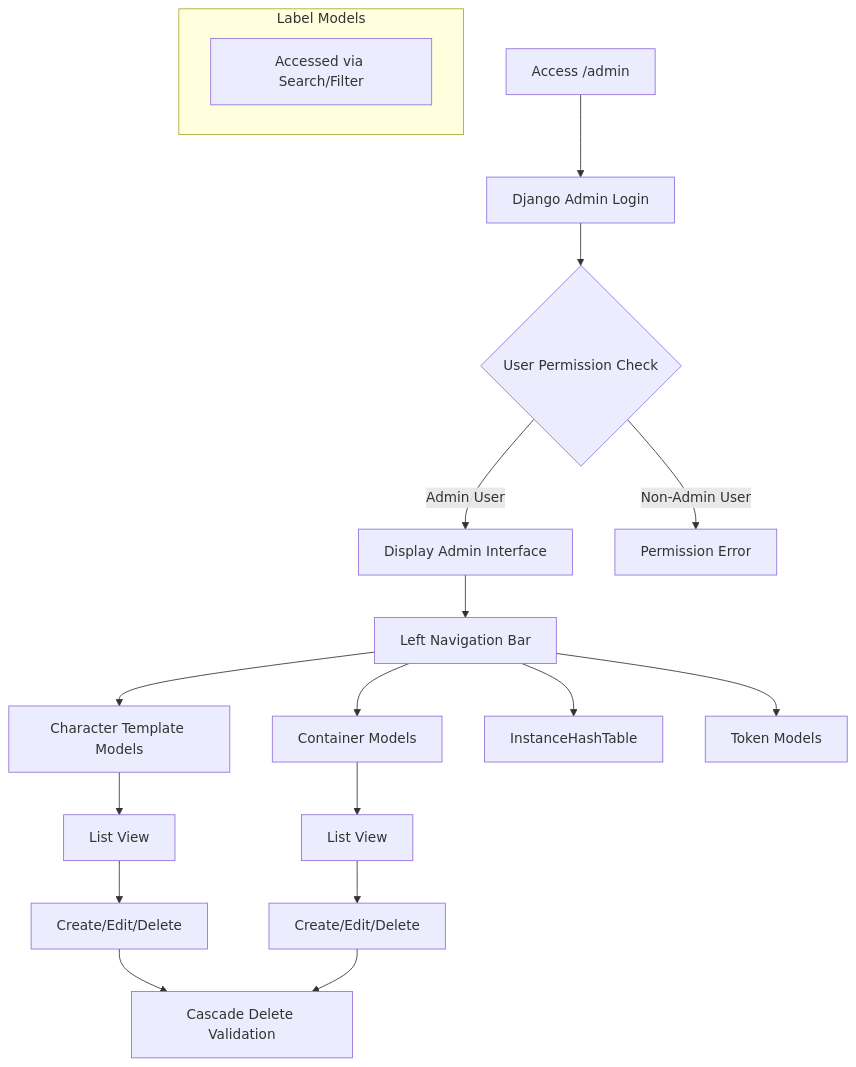
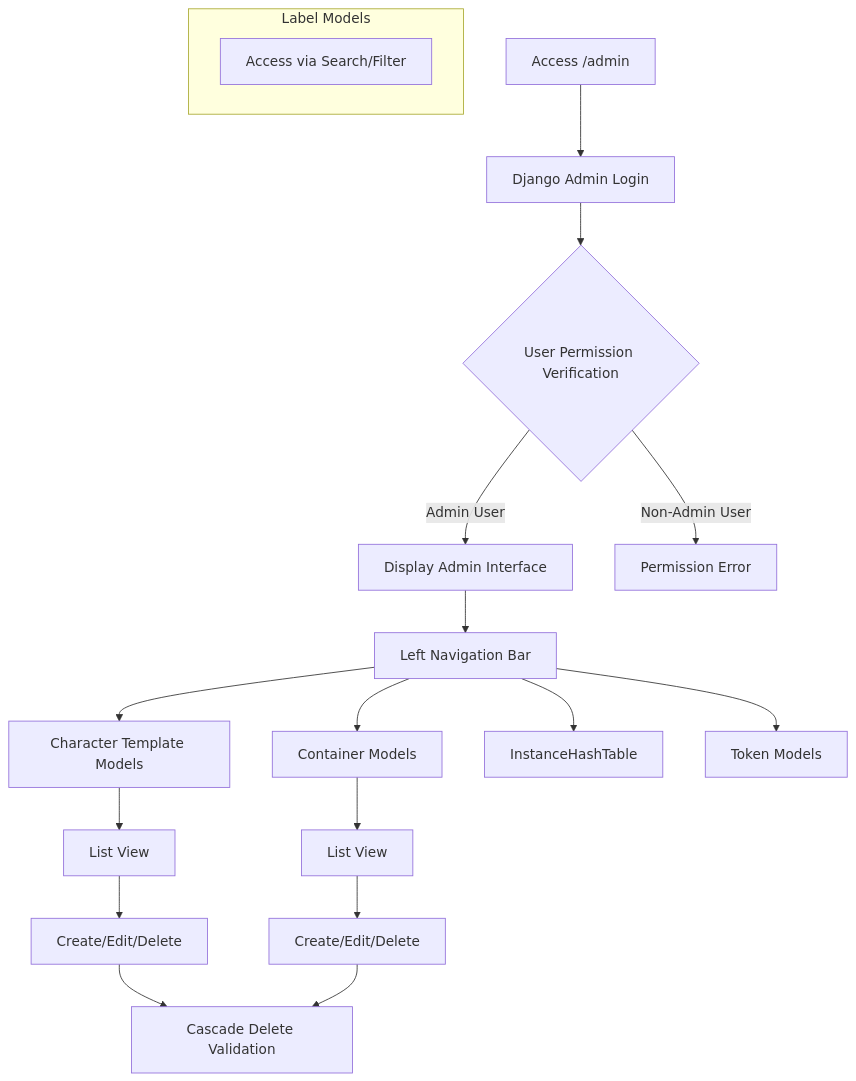
Diagram 36 of 47 in readme.md (lizzary/Quantitative-Strategy-Management-and-Monitoring-System-Platform), drawn with Mermaid before and after one commit. The commit also changed other lines of this file, not shown here.

````diff
--- a/readme.md
+++ b/readme.md
@@ -2483,26 +2623,26 @@
 ```mermaid
 flowchart TD
     A[Access /admin] --> B[Django Admin Login]
-    B --> C{User Permission Check}
+    B --> C{User Permission Verification}
     C -- Admin User --> D[Display Admin Interface]
     C -- Non-Admin User --> E[Permission Error]
     
     D --> F[Left Navigation Bar]
     F --> G[Character Template Models]
     F --> H[Container Models]
     F --> I[InstanceHashTable]
     F --> J[Token Models]
     
     subgraph "Label Models"
-        K[Accessed via Search/Filter]
+        K[Access via Search/Filter]
     end
     
     G --> L[List View]
     L --> M[Create/Edit/Delete]
     
     H --> N[List View]
     N --> O[Create/Edit/Delete]
     
     M --> P[Cascade Delete Validation]
     O --> P
 ```
````
